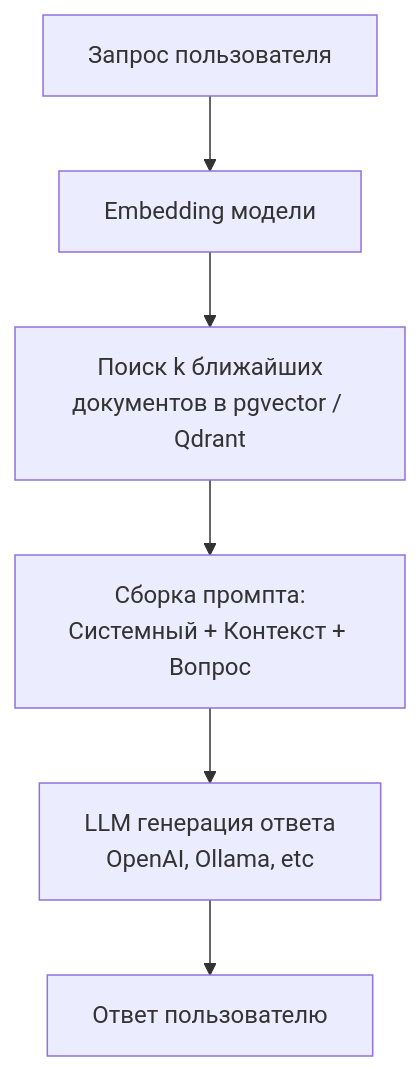
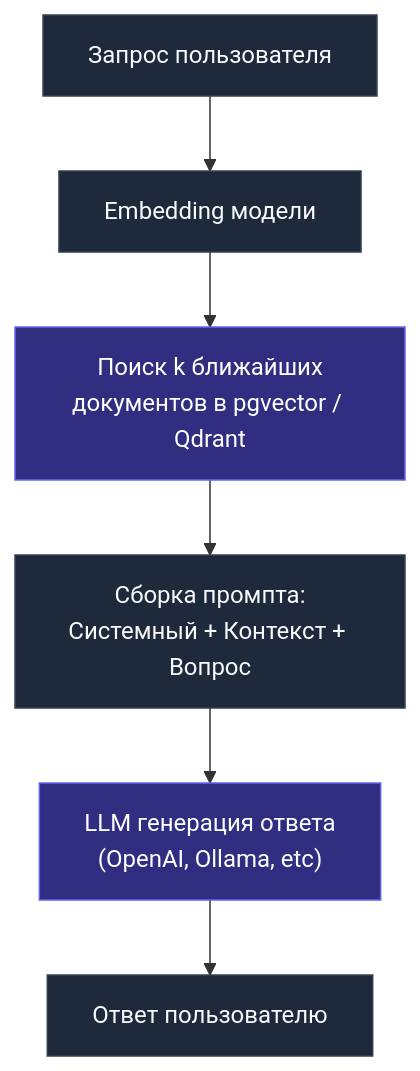
One commit to UnrealTemplier/go-textbook changed the third of 3 diagrams in sources/12. Базы данных/09. NoSQL базы/15. Поиск по embedding и AI use cases.md. Above: the diagram before and after it, drawn with Mermaid. The commit also changed other lines of this file, not shown here.

````diff
--- a/sources/12. Базы данных/09. NoSQL базы/15. Поиск по embedding и AI use cases.md
+++ b/sources/12. Базы данных/09. NoSQL базы/15. Поиск по embedding и AI use cases.md
@@ -173,8 +235,12 @@
 ```mermaid
 flowchart TD
     User["Запрос пользователя"] --> Embed["Embedding модели"]
     Embed --> Search["Поиск k ближайших<br>документов в pgvector / Qdrant"]
     Search --> Prompt["Сборка промпта:<br>Системный + Контекст + Вопрос"]
-    Prompt --> LLM["LLM генерация ответа<br>OpenAI, Ollama, etc"]
+    Prompt --> LLM["LLM генерация ответа<br>(OpenAI, Ollama, etc)"]
     LLM --> Answer["Ответ пользователю"]
+
+    classDef default fill:#1e293b,stroke:#334155,color:#f8fafc;
+    classDef active fill:#312e81,stroke:#6366f1,color:#ffffff;
+    class Search,LLM active;
 ```
````
